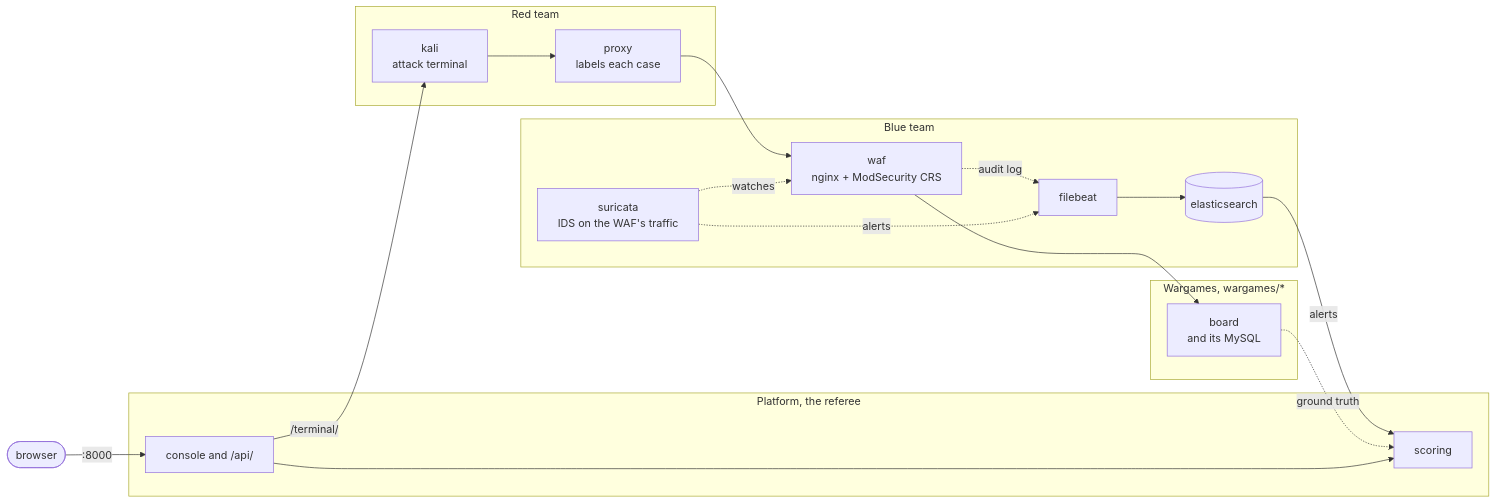
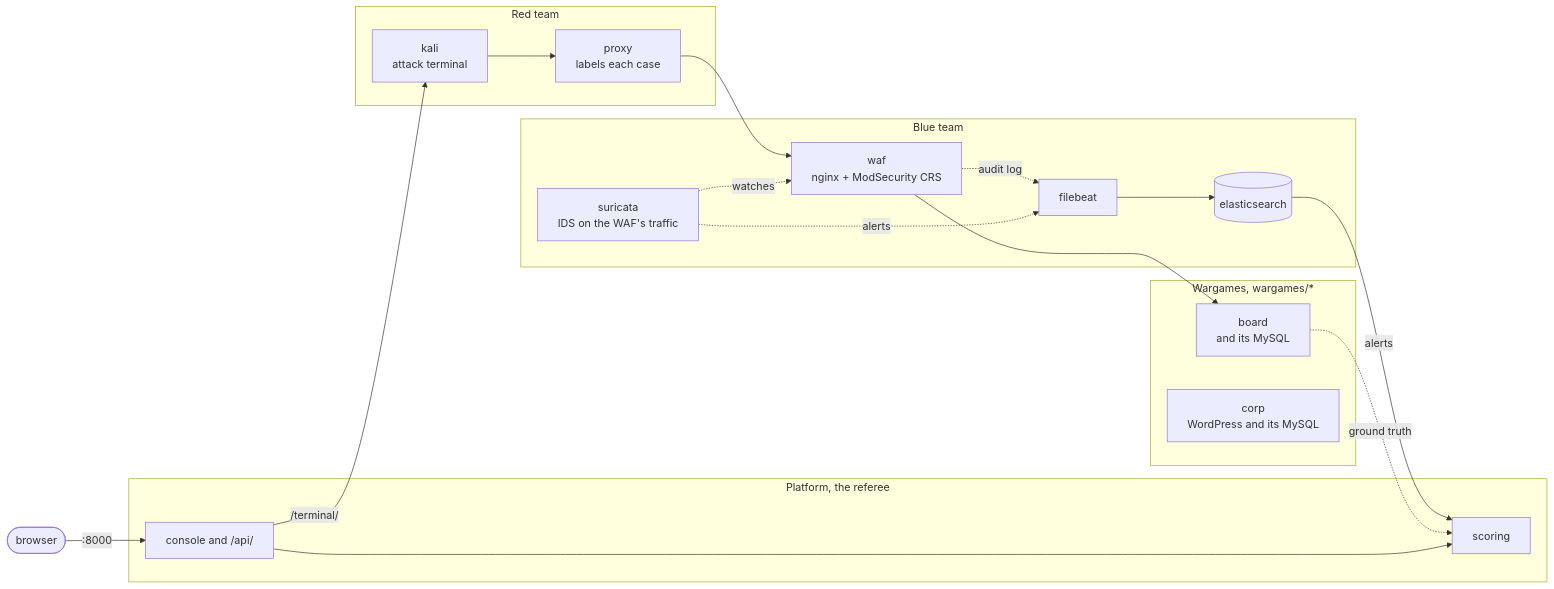
The second of 2 diagrams in README.md (Nekonic/fsl-project-mvp), drawn with Mermaid before and after one commit. The commit also changed other lines of this file and 4 other files, not shown here.

First line of the commit message:
docs: reconcile README and ARCHITECTURE (+ .ko.md) with the corp wargame

````diff
--- a/README.md
+++ b/README.md
@@ -61,38 +62,39 @@
 ```mermaid
 flowchart LR
   person(["browser"])
 
   subgraph red["Red team"]
     kali["kali<br/>attack terminal"]
     proxy["proxy<br/>labels each case"]
   end
 
   subgraph blue["Blue team"]
     waf["waf<br/>nginx + ModSecurity CRS"]
     suricata["suricata<br/>IDS on the WAF's traffic"]
     filebeat["filebeat"]
     es[("elasticsearch")]
   end
 
   subgraph wargames["Wargames, wargames/*"]
     board["board<br/>and its MySQL"]
+    corp["corp<br/>WordPress and its MySQL"]
   end
 
   subgraph platform["Platform, the referee"]
     console["console and /api/"]
     scoring["scoring"]
   end
 
   person -->|":8000"| console
   console -->|"/terminal/"| kali
   kali --> proxy
   proxy --> waf
   waf --> board
   suricata -.->|watches| waf
   waf -.->|audit log| filebeat
   suricata -.->|alerts| filebeat
   filebeat --> es
   es -->|alerts| scoring
   board -.->|ground truth| scoring
   console --> scoring
 ```
````
